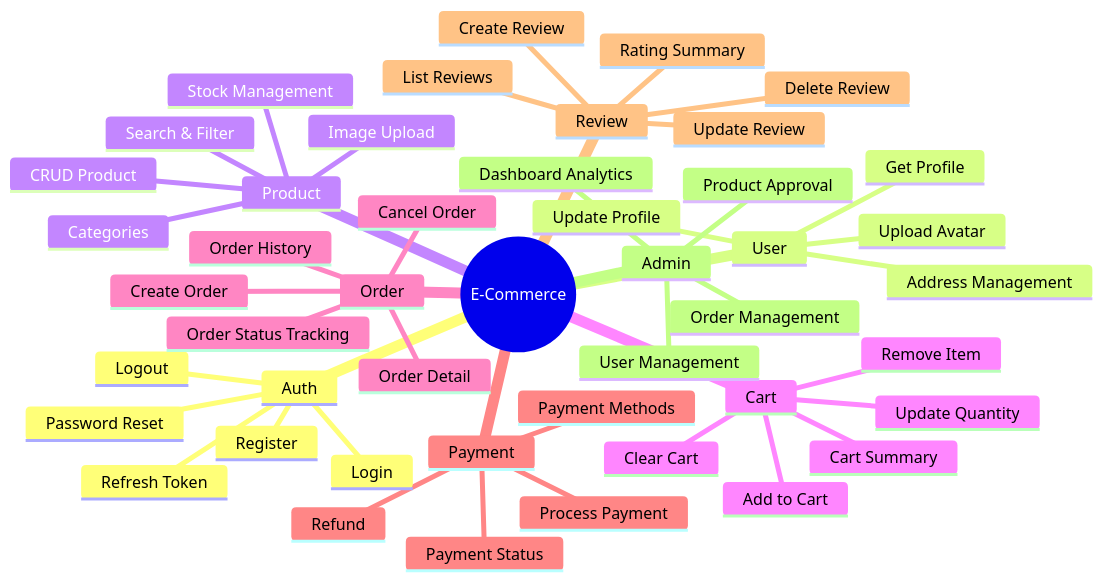
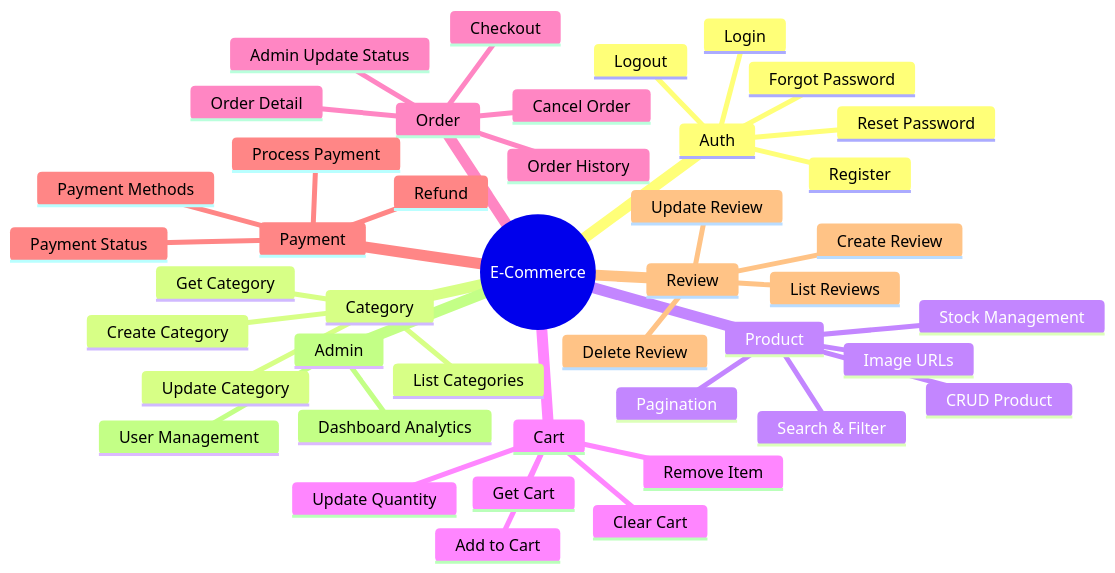
The first of 2 diagrams in docs/features/feature-summary.md (Sadamdi/GDGOC-Ecommerce), drawn with Mermaid before and after one commit. The commit also changed other lines of this file and 24 other files, not shown here.

````diff
--- a/docs/features/feature-summary.md
+++ b/docs/features/feature-summary.md
@@ -9,49 +9,46 @@
 ```mermaid
 mindmap
   root((E-Commerce))
     Auth
       Register
       Login
-      Refresh Token
+      Forgot Password
+      Reset Password
       Logout
-      Password Reset
-    User
-      Get Profile
-      Update Profile
-      Upload Avatar
-      Address Management
+    Category
+      List Categories
+      Get Category
+      Create Category
+      Update Category
     Product
       CRUD Product
       Search & Filter
-      Categories
-      Image Upload
+      Pagination
+      Image URLs
       Stock Management
     Cart
+      Get Cart
       Add to Cart
       Update Quantity
       Remove Item
       Clear Cart
-      Cart Summary
     Order
-      Create Order
+      Checkout
       Order History
       Order Detail
       Cancel Order
-      Order Status Tracking
+      Admin Update Status
     Payment
       Payment Methods
       Process Payment
       Payment Status
       Refund
     Review
       Create Review
       List Reviews
       Update Review
       Delete Review
-      Rating Summary
     Admin
       User Management
-      Product Approval
-      Order Management
       Dashboard Analytics
 ```
````
